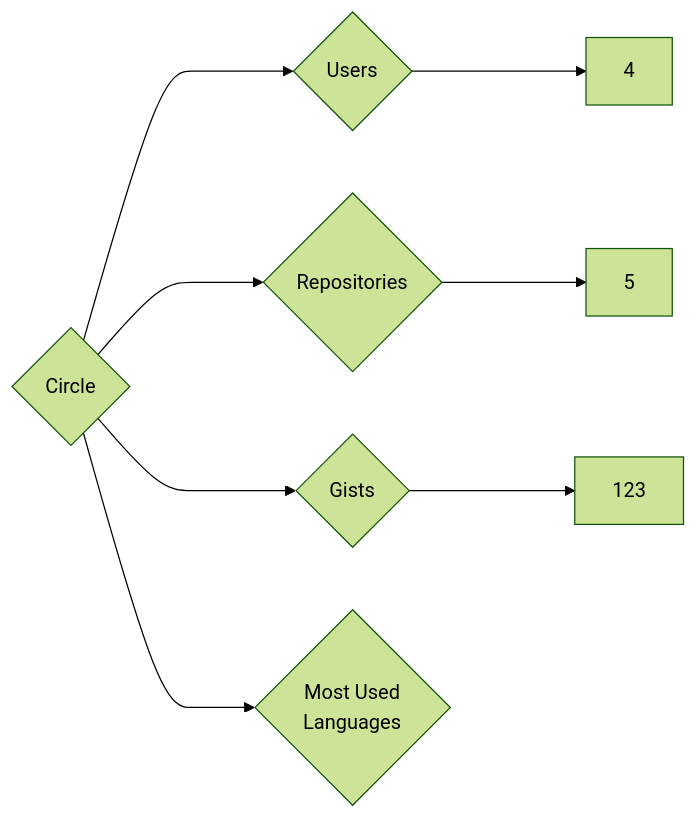
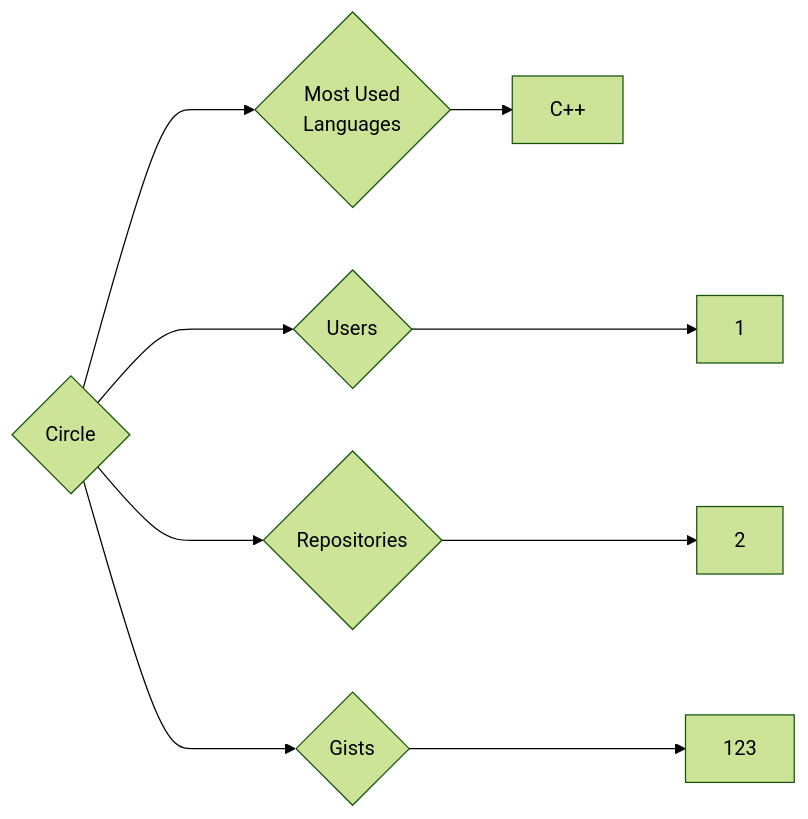
One commit to trickest/insiders changed the diagram in targets/Circle/README.md. Above: the diagram before and after it, drawn with Mermaid (forest theme). The commit also changed 618 other files, not shown here.

````diff
--- a/targets/Circle/README.md
+++ b/targets/Circle/README.md
@@ -3,8 +3,9 @@
 ```mermaid
 graph LR
 COMPANY_NAME{Circle}
-COMPANY_NAME ---> U{Users} ---> UN[4]
-COMPANY_NAME ---> R{Repositories} ---> RN[5]
+COMPANY_NAME ---> U{Users} ---> UN[1]
+COMPANY_NAME ---> R{Repositories} ---> RN[2]
 COMPANY_NAME ---> G{Gists} ---> GN[123]
 COMPANY_NAME ---> ML{Most Used<br>Languages}
+ML --> C++[C++]
 ```
````
